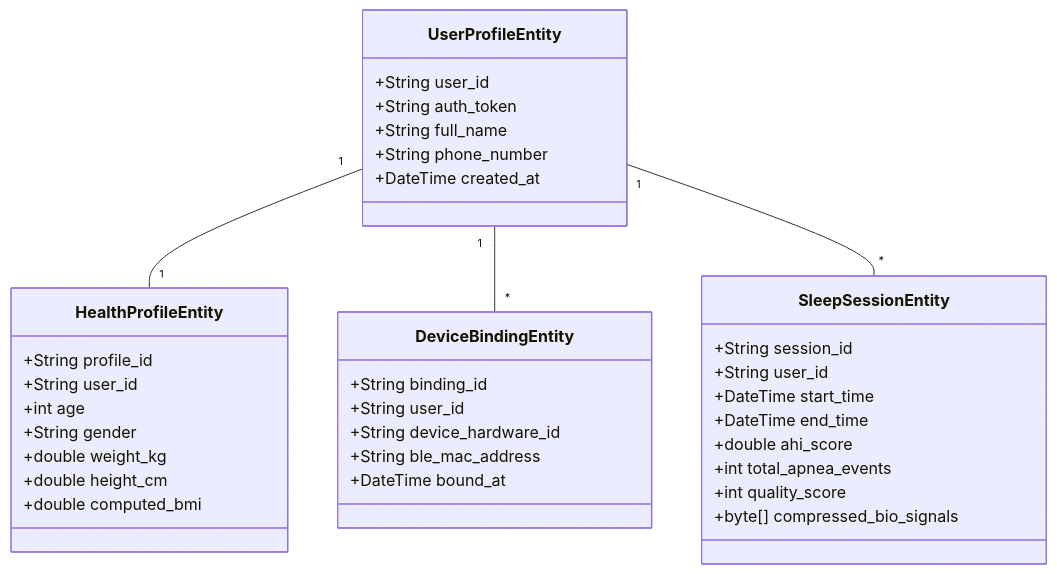
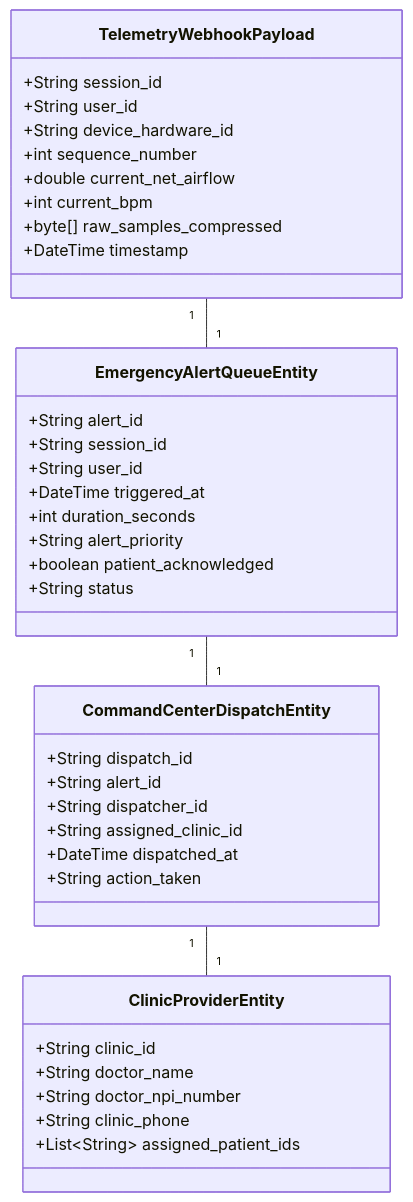
One commit to reidlai/masker-app changed the third of 4 diagrams in _bmad-output/architecture/ARCHITECTURE-SPINE.md. Above: the diagram before and after it, drawn with Mermaid. The commit also changed other lines of this file and 1 other file, not shown here.

Commit message:
docs: update Enterprise Architecture Specification (v3.0.0) with BPMN 2.0 workflows, process data models, and GCP/Firebase scale engine

````diff
--- a/_bmad-output/architecture/ARCHITECTURE-SPINE.md
+++ b/_bmad-output/architecture/ARCHITECTURE-SPINE.md
@@ -92,43 +124,45 @@
 ```mermaid
 classDiagram
-    class UserProfileEntity {
+    class TelemetryWebhookPayload {
+        +String session_id
         +String user_id
-        +String auth_token
-        +String full_name
-        +String phone_number
-        +DateTime created_at
+        +String device_hardware_id
+        +int sequence_number
+        +double current_net_airflow
+        +int current_bpm
+        +byte[] raw_samples_compressed
+        +DateTime timestamp
     }
 
-    class HealthProfileEntity {
-        +String profile_id
+    class EmergencyAlertQueueEntity {
+        +String alert_id
+        +String session_id
         +String user_id
-        +int age
-        +String gender
-        +double weight_kg
-        +double height_cm
-        +double computed_bmi
+        +DateTime triggered_at
+        +int duration_seconds
+        +String alert_priority
+        +boolean patient_acknowledged
+        +String status
     }
 
-    class DeviceBindingEntity {
-        +String binding_id
-        +String user_id
-        +String device_hardware_id
-        +String ble_mac_address
-        +DateTime bound_at
+    class CommandCenterDispatchEntity {
+        +String dispatch_id
+        +String alert_id
+        +String dispatcher_id
+        +String assigned_clinic_id
+        +DateTime dispatched_at
+        +String action_taken
     }
 
-    class SleepSessionEntity {
-        +String session_id
-        +String user_id
-        +DateTime start_time
-        +DateTime end_time
-        +double ahi_score
-        +int total_apnea_events
-        +int quality_score
-        +byte[] compressed_bio_signals
+    class ClinicProviderEntity {
+        +String clinic_id
+        +String doctor_name
+        +String doctor_npi_number
+        +String clinic_phone
+        +List~String~ assigned_patient_ids
     }
 
-    UserProfileEntity "1" -- "1" HealthProfileEntity
-    UserProfileEntity "1" -- "*" DeviceBindingEntity
-    UserProfileEntity "1" -- "*" SleepSessionEntity
+    TelemetryWebhookPayload "1" -- "1" EmergencyAlertQueueEntity
+    EmergencyAlertQueueEntity "1" -- "1" CommandCenterDispatchEntity
+    CommandCenterDispatchEntity "1" -- "1" ClinicProviderEntity
 ```
````
